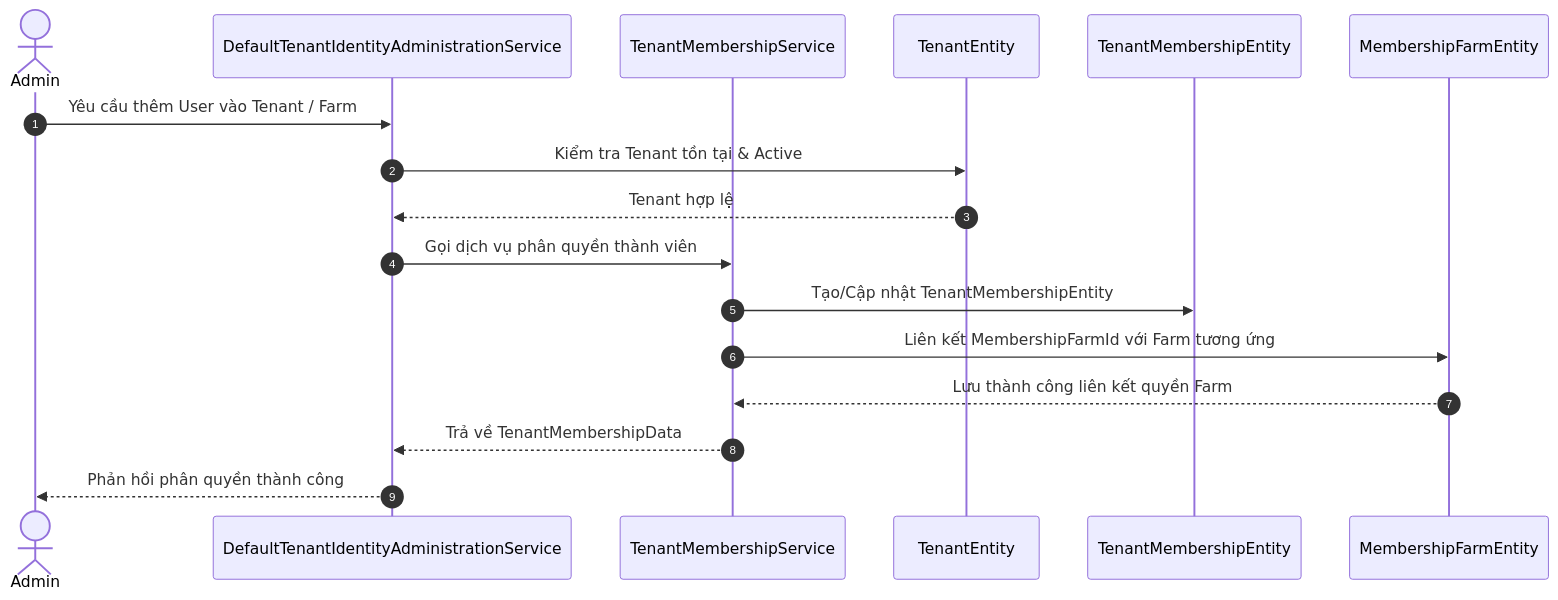
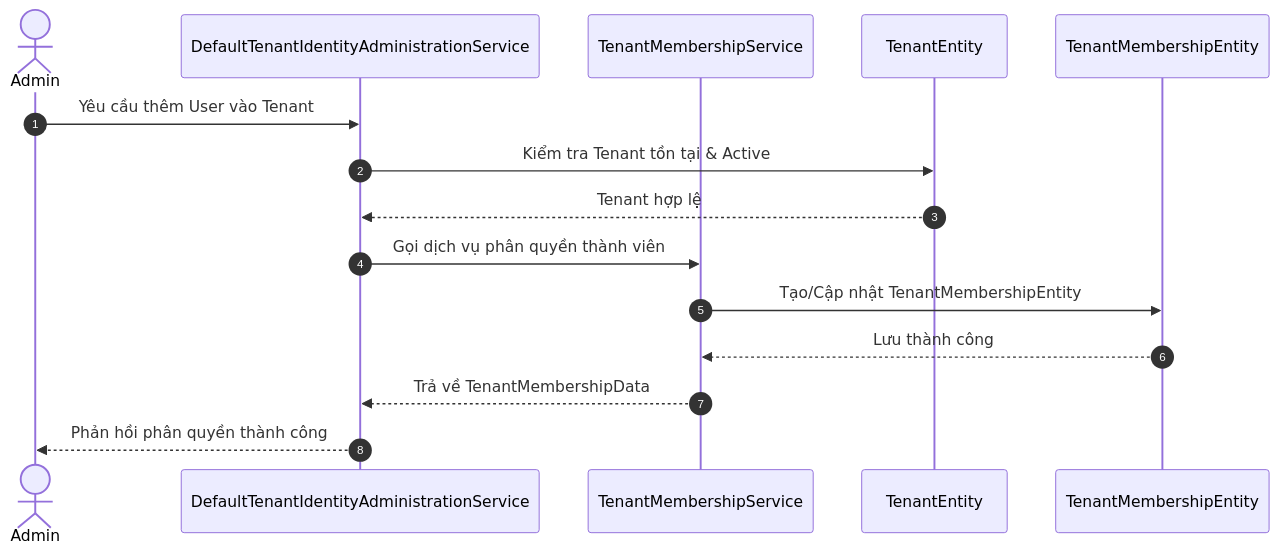
Before and after one commit to hatrongvu13/smartfarm-platform-maven-starter: the fourth of 4 diagrams in services/smartfarm-identity-service/review_flow.md, drawn with Mermaid. The commit also changed other lines of this file and 55 other files, not shown here.

````diff
--- a/services/smartfarm-identity-service/review_flow.md
+++ b/services/smartfarm-identity-service/review_flow.md
@@ -118,22 +114,19 @@
 ```mermaid
 sequenceDiagram
 autonumber
 actor Admin
 participant TenantAdminSvc as DefaultTenantIdentityAdministrationService
 participant MembershipSvc as TenantMembershipService
 participant TenantEntity as TenantEntity
 participant MembershipEntity as TenantMembershipEntity
-participant FarmEntity as MembershipFarmEntity
 
-    Admin->>TenantAdminSvc: Yêu cầu thêm User vào Tenant / Farm
+    Admin->>TenantAdminSvc: Yêu cầu thêm User vào Tenant
     TenantAdminSvc->>TenantEntity: Kiểm tra Tenant tồn tại & Active
     TenantEntity-->>TenantAdminSvc: Tenant hợp lệ
 
     TenantAdminSvc->>MembershipSvc: Gọi dịch vụ phân quyền thành viên
     MembershipSvc->>MembershipEntity: Tạo/Cập nhật TenantMembershipEntity
-    MembershipSvc->>FarmEntity: Liên kết MembershipFarmId với Farm tương ứng
-
-    FarmEntity-->>MembershipSvc: Lưu thành công liên kết quyền Farm
+    MembershipEntity-->>MembershipSvc: Lưu thành công
     MembershipSvc-->>TenantAdminSvc: Trả về TenantMembershipData
     TenantAdminSvc-->>Admin: Phản hồi phân quyền thành công
 ```
````
